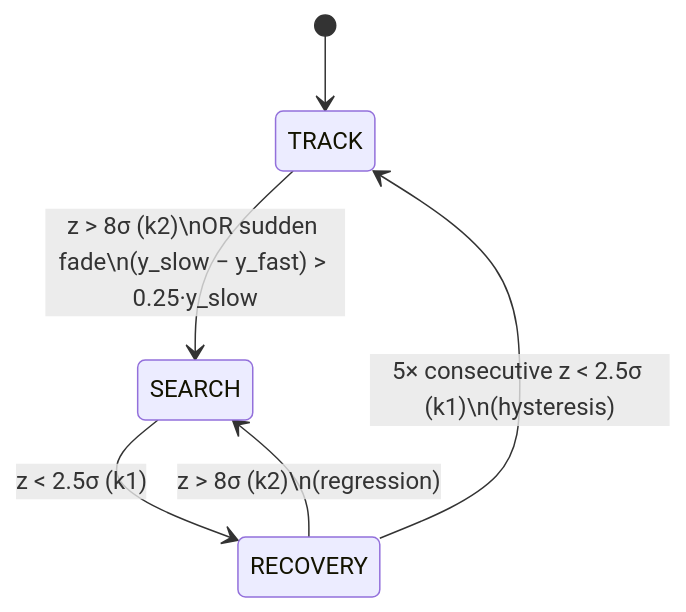
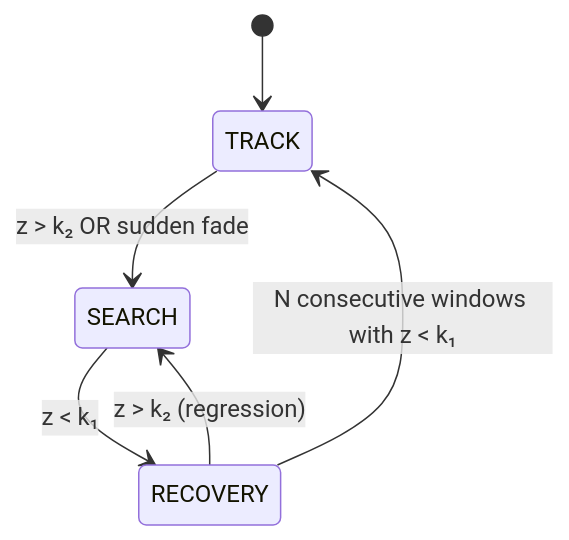
One commit to wtaisner/state-of-polarization changed the first of 3 diagrams in ALGORITHM.md. Above: the diagram before and after it, drawn with Mermaid. The commit also changed other lines of this file, not shown here.

````diff
--- a/ALGORITHM.md
+++ b/ALGORITHM.md
@@ -256,9 +190,9 @@
 ```mermaid
 stateDiagram-v2
     [*] --> TRACK
 
-    TRACK --> SEARCH: z > 8σ (k2)\nOR sudden fade\n(y_slow − y_fast) > 0.25·y_slow
-    SEARCH --> RECOVERY: z < 2.5σ (k1)
-    RECOVERY --> TRACK: 5× consecutive z < 2.5σ (k1)\n(hysteresis)
-    RECOVERY --> SEARCH: z > 8σ (k2)\n(regression)
+    TRACK --> SEARCH: z > k₂ OR sudden fade
+    SEARCH --> RECOVERY: z < k₁
+    RECOVERY --> TRACK: N consecutive windows with z < k₁
+    RECOVERY --> SEARCH: z > k₂ (regression)
 ```
````
